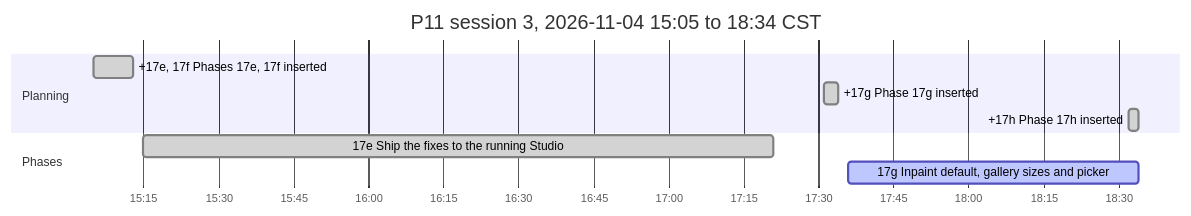
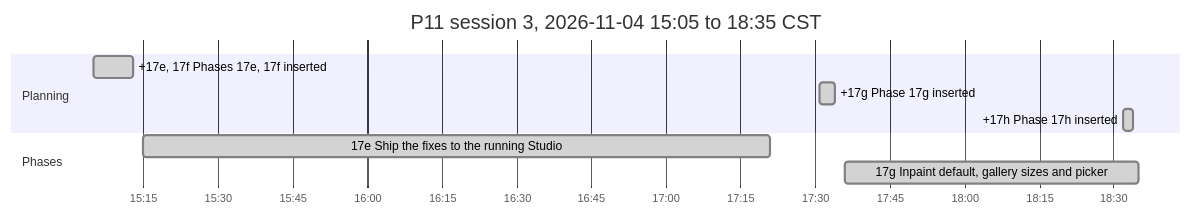
The third of 3 diagrams in P11_IMPLEMENTATION_PLAN.md (antonizick/project1111), drawn with Mermaid before and after one commit. The commit also changed other lines of this file and 2 other files, not shown here.

Commit message:
docs(plan): refresh timeline

````diff
--- a/P11_IMPLEMENTATION_PLAN.md
+++ b/P11_IMPLEMENTATION_PLAN.md
@@ -119,13 +119,13 @@
 ```mermaid
 gantt
-    title P11 session 3, 2026-11-04 15:05 to 18:34 CST
+    title P11 session 3, 2026-11-04 15:05 to 18:35 CST
     dateFormat YYYY-MM-DD HH:mm
     axisFormat %H:%M
     section Planning
     +17e, 17f Phases 17e, 17f inserted :done, plan5, 2026-11-04 15:05, 2026-11-04 15:13
     +17g Phase 17g inserted :done, plan6, 2026-11-04 17:31, 2026-11-04 17:34
     +17h Phase 17h inserted :done, plan7, 2026-11-04 18:32, 2026-11-04 18:34
     section Phases
     17e Ship the fixes to the running Studio :done, p17es3, 2026-11-04 15:15, 2026-11-04 17:21
-    17g Inpaint default, gallery sizes and picker :active, p17gs3, 2026-11-04 17:36, 2026-11-04 18:34
+    17g Inpaint default, gallery sizes and picker :done, p17gs3, 2026-11-04 17:36, 2026-11-04 18:35
 ```
````
